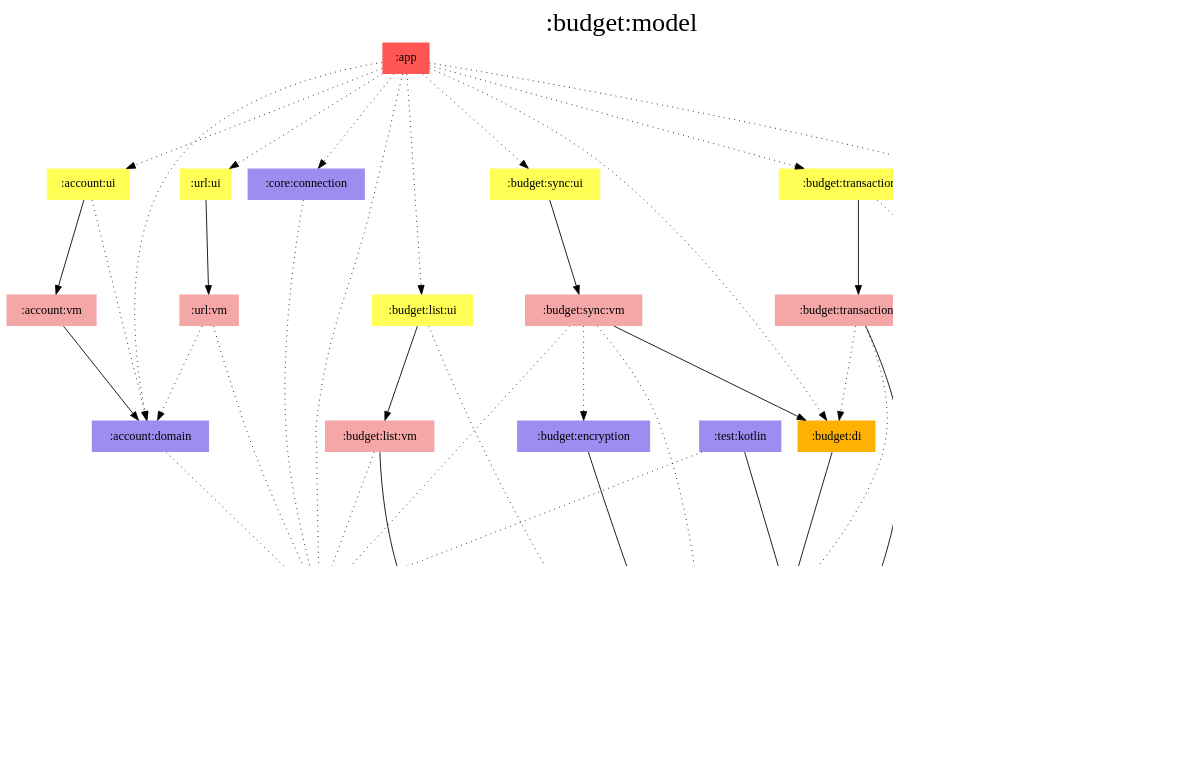
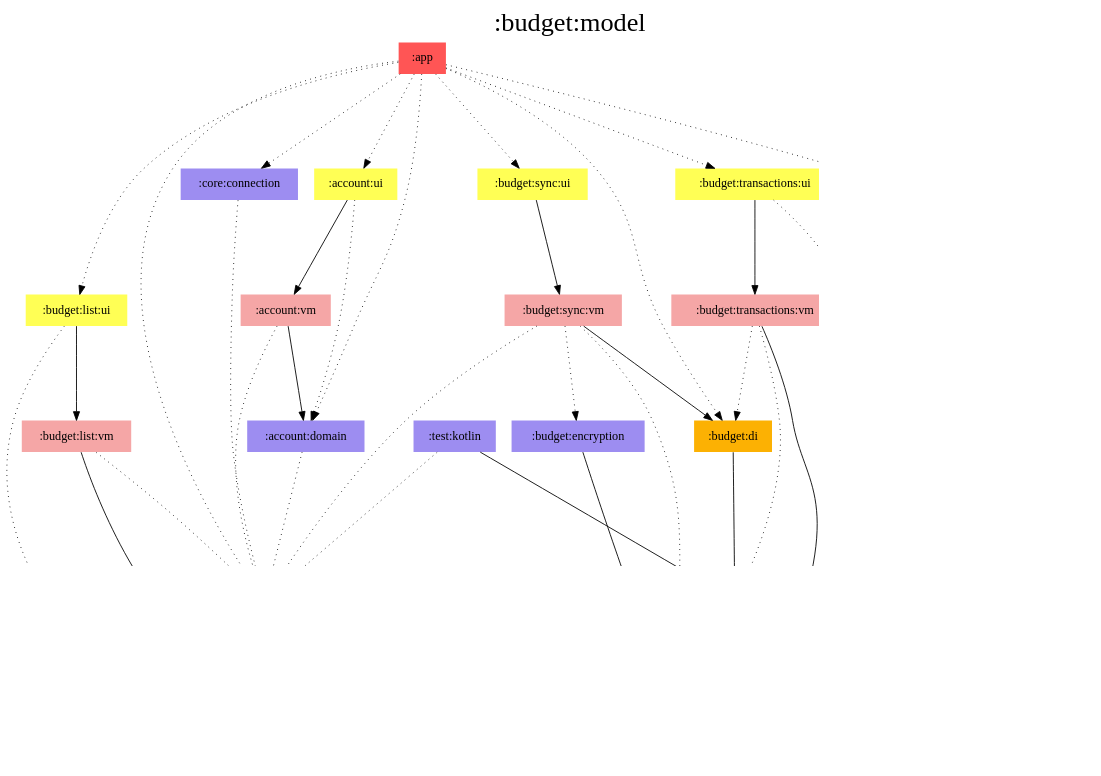
One commit to jonapoul/aktual changed the diagram in modules/budget/model/modules.dot. Above: the diagram before and after it, drawn with Graphviz. The commit also changed 58 other files, not shown here.

Commit message:
Merge url into account

```diff
--- a/modules/budget/model/modules.dot
+++ b/modules/budget/model/modules.dot
@@ -1,82 +1,77 @@
 digraph {
 edge ["dir"="forward"]
 graph ["dpi"="100","label"=":budget:model","labelloc"="t","fontsize"="30","ranksep"="1.5","rankdir"="TB"]
 node ["style"="filled"]
 ":account:domain" ["fillcolor"="#9D8DF1","shape"="none"]
 ":account:ui" ["fillcolor"="#FFFF55","shape"="none"]
 ":account:vm" ["fillcolor"="#F5A6A6","shape"="none"]
 ":api:actual" ["fillcolor"="#9D8DF1","shape"="none"]
 ":app" ["fillcolor"="#FF5555","shape"="none"]
 ":budget:db" ["fillcolor"="#9D8DF1","shape"="none"]
 ":budget:di" ["fillcolor"="#FCB103","shape"="none"]
 ":budget:encryption" ["fillcolor"="#9D8DF1","shape"="none"]
 ":budget:list:ui" ["fillcolor"="#FFFF55","shape"="none"]
 ":budget:list:vm" ["fillcolor"="#F5A6A6","shape"="none"]
 ":budget:model" ["fillcolor"="#9D8DF1","color"="black","penwidth"="3","shape"="box"]
 ":budget:sync:ui" ["fillcolor"="#FFFF55","shape"="none"]
 ":budget:sync:vm" ["fillcolor"="#F5A6A6","shape"="none"]
 ":budget:transactions:ui" ["fillcolor"="#FFFF55","shape"="none"]
 ":budget:transactions:vm" ["fillcolor"="#F5A6A6","shape"="none"]
 ":core:connection" ["fillcolor"="#9D8DF1","shape"="none"]
 ":core:di" ["fillcolor"="#FCB103","shape"="none"]
 ":test:kotlin" ["fillcolor"="#9D8DF1","shape"="none"]
-":url:ui" ["fillcolor"="#FFFF55","shape"="none"]
-":url:vm" ["fillcolor"="#F5A6A6","shape"="none"]
 {
 edge ["dir"="none"]
 graph ["rank"="same"]
 ":budget:model"
 }
 ":account:domain" -> ":api:actual" ["style"="dotted"]
 ":account:ui" -> ":account:domain" ["style"="dotted"]
 ":account:ui" -> ":account:vm"
 ":account:vm" -> ":account:domain"
+":account:vm" -> ":api:actual" ["style"="dotted"]
 ":api:actual" -> ":budget:model"
 ":app" -> ":account:domain" ["style"="dotted"]
 ":app" -> ":account:ui" ["style"="dotted"]
 ":app" -> ":api:actual" ["style"="dotted"]
 ":app" -> ":budget:di" ["style"="dotted"]
 ":app" -> ":budget:list:ui" ["style"="dotted"]
 ":app" -> ":budget:sync:ui" ["style"="dotted"]
 ":app" -> ":budget:transactions:ui" ["style"="dotted"]
 ":app" -> ":core:connection" ["style"="dotted"]
 ":app" -> ":core:di" ["style"="dotted"]
-":app" -> ":url:ui" ["style"="dotted"]
 ":budget:db" -> ":budget:model"
 ":budget:di" -> ":budget:db"
 ":budget:encryption" -> ":budget:model"
 ":budget:list:ui" -> ":budget:list:vm"
 ":budget:list:ui" -> ":budget:model" ["style"="dotted"]
 ":budget:list:vm" -> ":api:actual" ["style"="dotted"]
 ":budget:list:vm" -> ":budget:model"
 ":budget:sync:ui" -> ":budget:sync:vm"
 ":budget:sync:vm" -> ":api:actual" ["style"="dotted"]
 ":budget:sync:vm" -> ":budget:di"
 ":budget:sync:vm" -> ":budget:encryption" ["style"="dotted"]
 ":budget:sync:vm" -> ":budget:model" ["style"="dotted"]
 ":budget:transactions:ui" -> ":budget:model" ["style"="dotted"]
 ":budget:transactions:ui" -> ":budget:transactions:vm"
 ":budget:transactions:vm" -> ":budget:db" ["style"="dotted"]
 ":budget:transactions:vm" -> ":budget:di" ["style"="dotted"]
 ":budget:transactions:vm" -> ":budget:model"
 ":core:connection" -> ":api:actual" ["style"="dotted"]
 ":core:di" -> ":budget:model"
 ":test:kotlin" -> ":api:actual" ["style"="dotted"]
 ":test:kotlin" -> ":budget:db"
-":url:ui" -> ":url:vm"
-":url:vm" -> ":account:domain" ["style"="dotted"]
-":url:vm" -> ":api:actual" ["style"="dotted"]
 subgraph "cluster_legend" {
 edge ["dir"="none"]
 graph ["label"="Legend","fontsize"="20"]
 "Legend" ["style"="filled","fillcolor"="#FFFFFF","shape"="none","margin"="0","fontsize"="15","label"=<
 <TABLE BORDER="0" CELLBORDER="0" CELLSPACING="0" CELLPADDING="4">
 <TR><TD>App</TD><TD BGCOLOR="#FF5555">module-name</TD></TR>
 <TR><TD>ViewModel</TD><TD BGCOLOR="#F5A6A6">module-name</TD></TR>
 <TR><TD>Hilt</TD><TD BGCOLOR="#FCB103">module-name</TD></TR>
 <TR><TD>Compose</TD><TD BGCOLOR="#FFFF55">module-name</TD></TR>
 <TR><TD>Multiplatform</TD><TD BGCOLOR="#9D8DF1">module-name</TD></TR>
 </TABLE>
 >]
 } -> ":budget:model" ["style"="invis"]
 }
```
